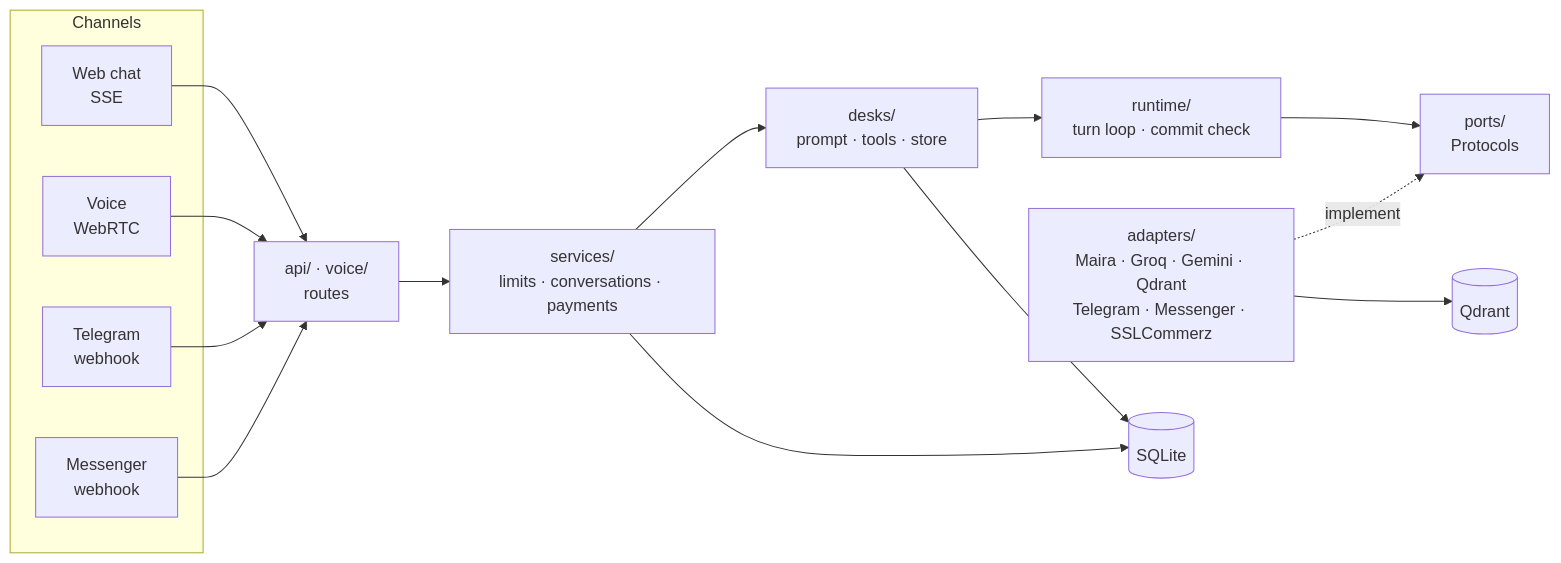
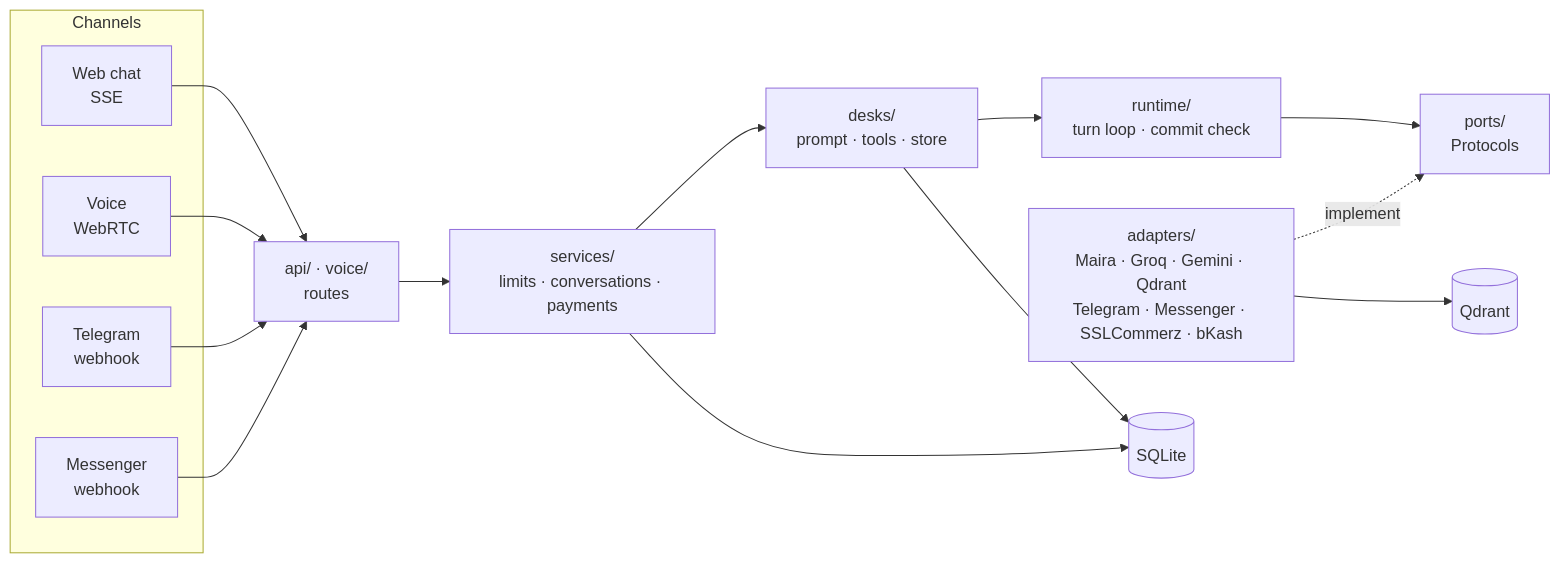
One commit to kayesFerdous/heydesk changed the diagram in README.md. Above: the diagram before and after it, drawn with Mermaid. The commit also changed other lines of this file and 63 other files, not shown here.

````diff
--- a/README.md
+++ b/README.md
@@ -23,17 +23,17 @@
 ```mermaid
 flowchart LR
     subgraph Channels
         W[Web chat<br/>SSE]
         V[Voice<br/>WebRTC]
         T[Telegram<br/>webhook]
         M[Messenger<br/>webhook]
     end
     W & V & T & M --> API[api/ · voice/<br/>routes]
     API --> S[services/<br/>limits · conversations · payments]
     S --> D[desks/<br/>prompt · tools · store]
     D --> R[runtime/<br/>turn loop · commit check]
     R --> P[ports/<br/>Protocols]
-    A[adapters/<br/>Maira · Groq · Gemini · Qdrant<br/>Telegram · Messenger · SSLCommerz] -. implement .-> P
+    A[adapters/<br/>Maira · Groq · Gemini · Qdrant<br/>Telegram · Messenger · SSLCommerz · bKash] -. implement .-> P
     S & D --> DB[(SQLite)]
     A --> Q[(Qdrant)]
 ```
````
